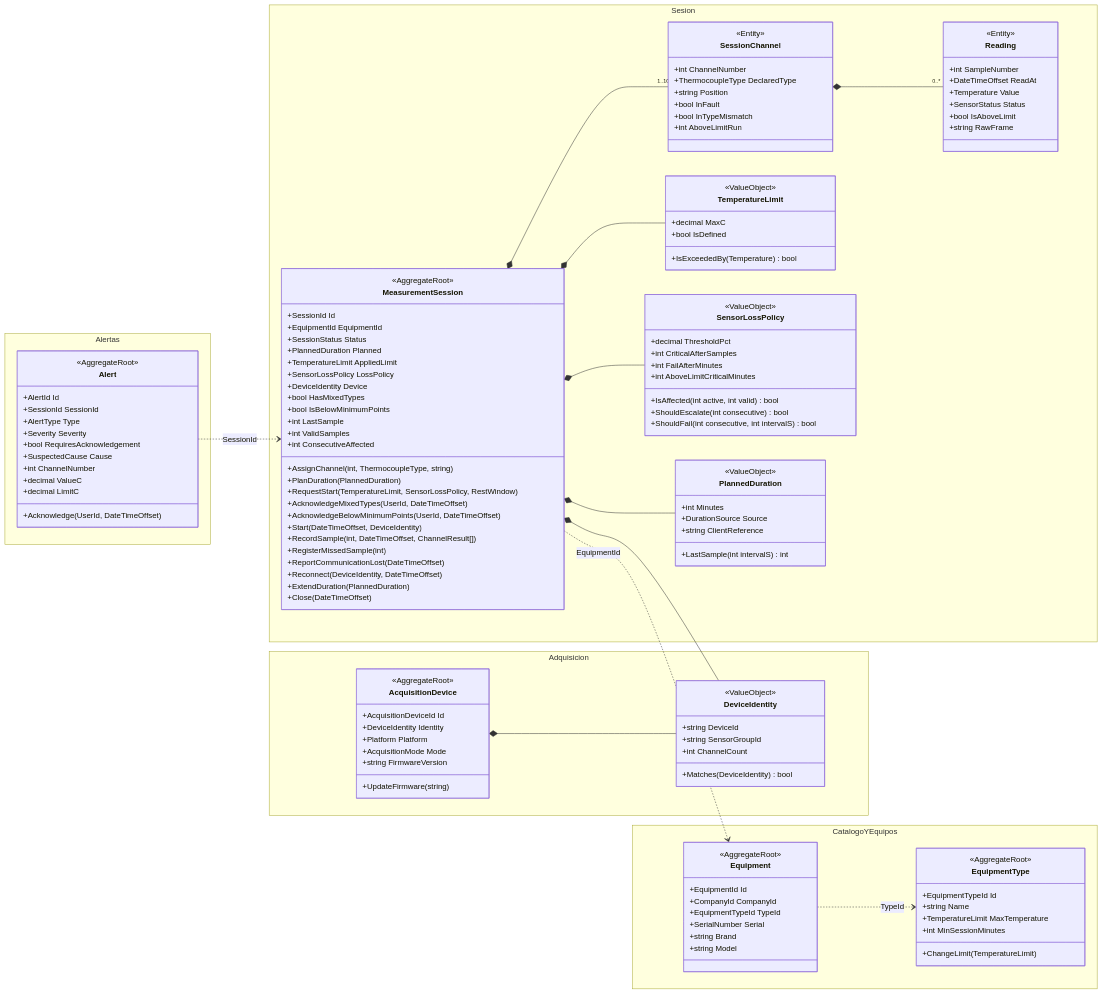
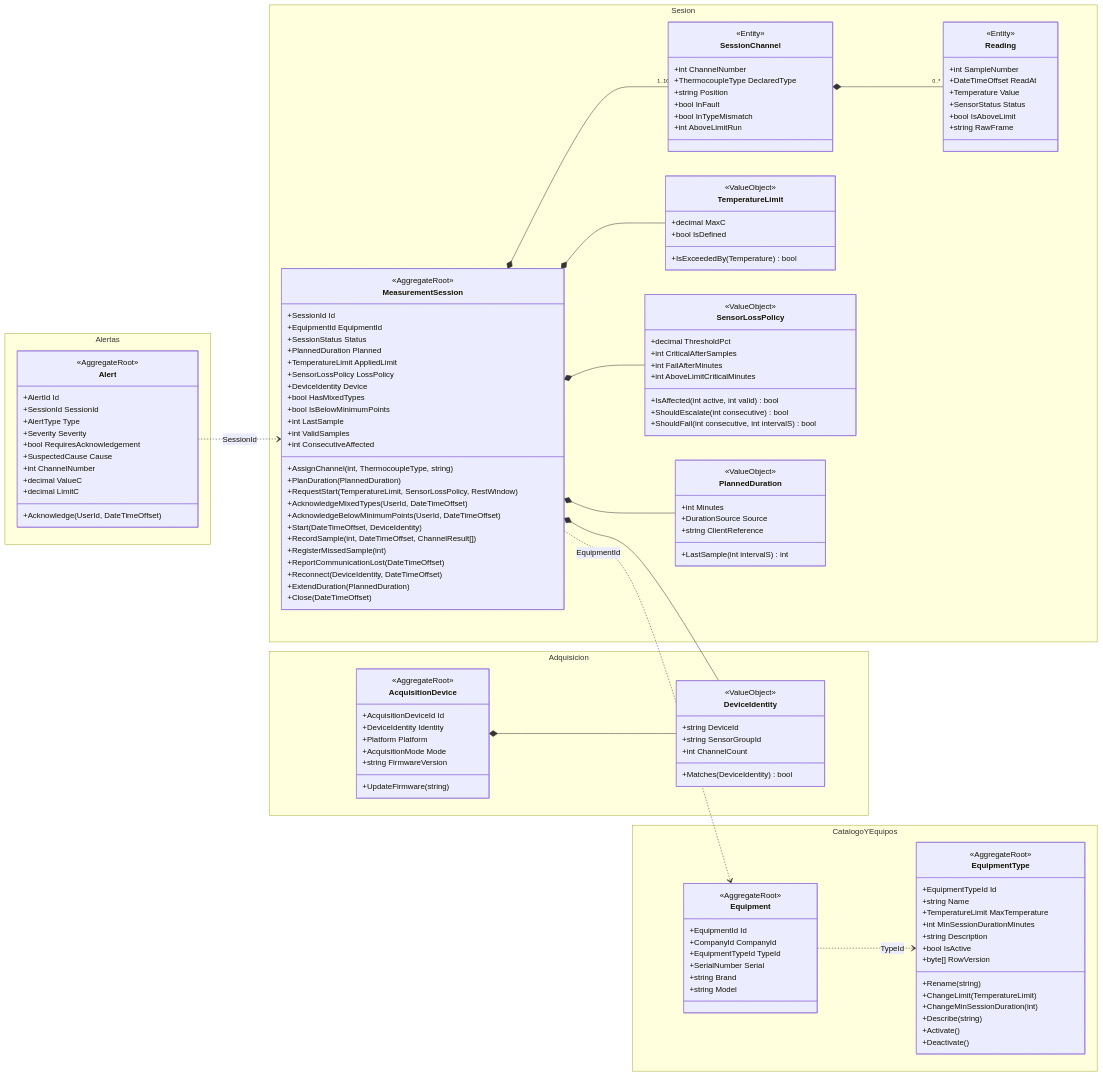
Before and after one commit to ocarranzam/ThermalCalibration: the second of 3 diagrams in docs/architecture/domain-model.md, drawn with Mermaid. The commit also changed other lines of this file and 5 other files, not shown here.

```diff
--- a/docs/architecture/domain-model.md
+++ b/docs/architecture/domain-model.md
@@ -53,8 +54,16 @@
             +EquipmentTypeId Id
             +string Name
             +TemperatureLimit MaxTemperature
-            +int MinSessionMinutes
+            +int MinSessionDurationMinutes
+            +string Description
+            +bool IsActive
+            +byte[] RowVersion
+            +Rename(string)
             +ChangeLimit(TemperatureLimit)
+            +ChangeMinSessionDuration(int)
+            +Describe(string)
+            +Activate()
+            +Deactivate()
         }
         class Equipment {
             <<AggregateRoot>>
```
